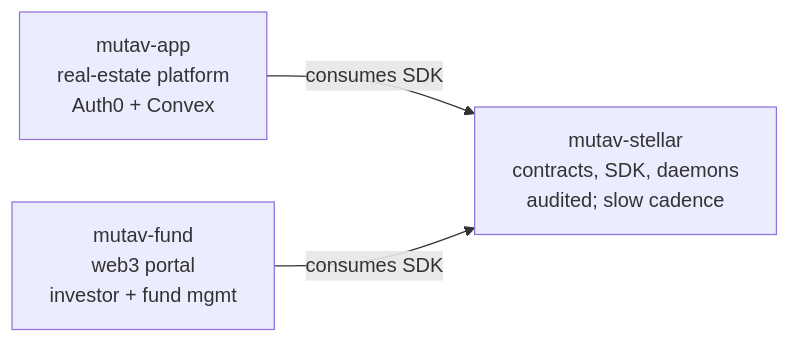
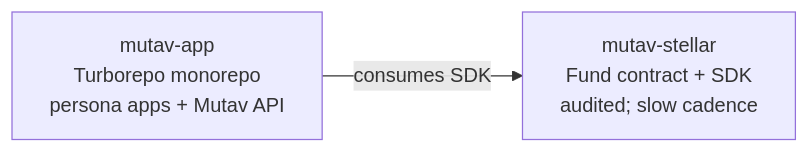
One commit to mutav-finance/mutav-stellar changed the diagram in README.md. Above: the diagram before and after it, drawn with Mermaid. The commit also changed other lines of this file and 12 other files, not shown here.

First line of the commit message:
docs: consolidate target architecture per #57 (#58)

````diff
--- a/README.md
+++ b/README.md
@@ -23,8 +22,6 @@
 ```mermaid
 flowchart LR
-  STL[mutav-stellar<br/>contracts, SDK, daemons<br/>audited; slow cadence]
-  APP[mutav-app<br/>real-estate platform<br/>Auth0 + Convex]
-  INV[mutav-fund<br/>web3 portal<br/>investor + fund mgmt]
+  STL[mutav-stellar<br/>Fund contract + SDK<br/>audited; slow cadence]
+  APP[mutav-app<br/>Turborepo monorepo<br/>persona apps + Mutav API]
   APP -->|consumes SDK| STL
-  INV -->|consumes SDK| STL
 ```
````
